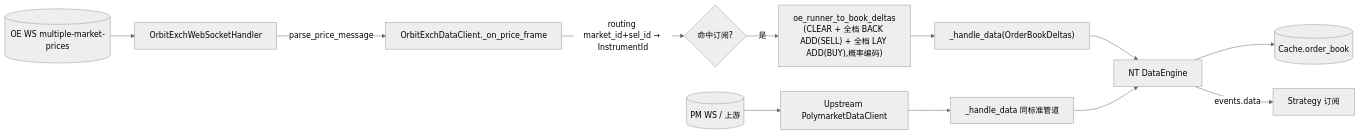
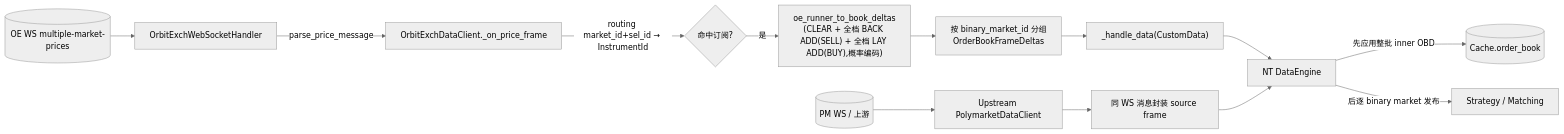
Before and after one commit to psnewer/nautilus_trader: the diagram in docs/arbitrage/architectures/data/architecture.md, drawn with Mermaid (neutral theme). The commit also changed other lines of this file and 38 other files, not shown here.

````diff
--- a/docs/arbitrage/architectures/data/architecture.md
+++ b/docs/arbitrage/architectures/data/architecture.md
@@ -29,14 +29,15 @@
 ```mermaid
 flowchart LR
   V[(OE WS multiple-market-prices)] --> WSH[OrbitExchWebSocketHandler]
   WSH -->|parse_price_message| DC[OrbitExchDataClient._on_price_frame]
   DC -->|routing market_id+sel_id → InstrumentId| MAP{命中订阅?}
   MAP -->|是| CONV["oe_runner_to_book_deltas\n(CLEAR + 全档 BACK ADD(SELL) + 全档 LAY ADD(BUY),概率编码)"]
-  CONV --> HD["_handle_data(OrderBookDeltas)"]
+  CONV --> BATCH["按 binary_market_id 分组\nOrderBookFrameDeltas"]
+  BATCH --> HD["_handle_data(CustomData)"]
   HD --> DE[NT DataEngine]
-  DE --> C[(Cache.order_book)]
-  DE -->|events.data| ST[Strategy 订阅]
+  DE -->|"先应用整批 inner OBD"| C[(Cache.order_book)]
+  DE -->|"后逐 binary market 发布"| ST[Strategy / Matching]
   PMWS[(PM WS / 上游)] --> PMUP[Upstream PolymarketDataClient]
-  PMUP --> HD2[_handle_data 同标准管道]
+  PMUP --> HD2["同 WS 消息封装 source frame"]
   HD2 --> DE
 ```
````
